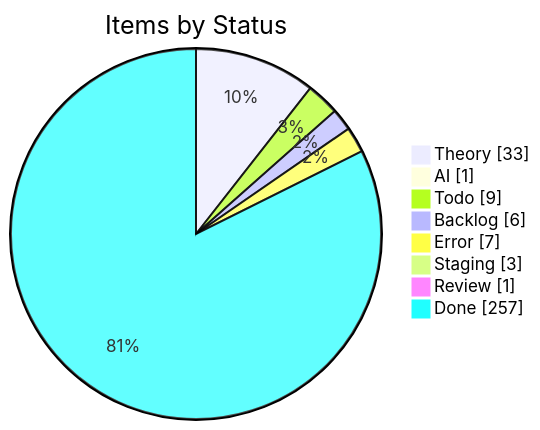
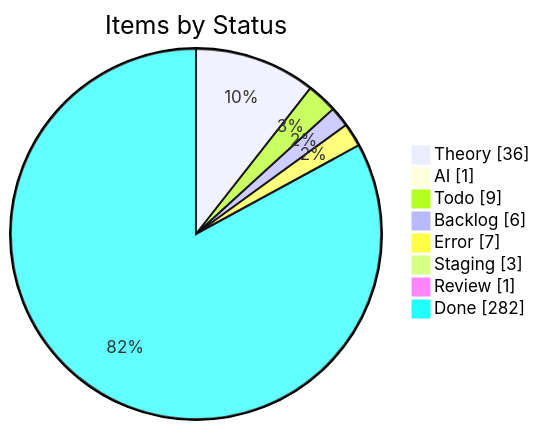
The first of 4 diagrams in apps/kbve/astro-kbve/src/content/docs/dashboard/kanban-data.mdx (KBVE/kbve), drawn with Mermaid before and after one commit. The commit also changed other lines of this file and 8 other files, not shown here.

````diff
--- a/apps/kbve/astro-kbve/src/content/docs/dashboard/kanban-data.mdx
+++ b/apps/kbve/astro-kbve/src/content/docs/dashboard/kanban-data.mdx
@@ -55,12 +55,12 @@
 ```mermaid
 pie showData
     title Items by Status
-    "Theory" : 33
+    "Theory" : 36
     "AI" : 1
     "Todo" : 9
     "Backlog" : 6
     "Error" : 7
     "Staging" : 3
     "Review" : 1
-    "Done" : 257
+    "Done" : 282
 ```
````
